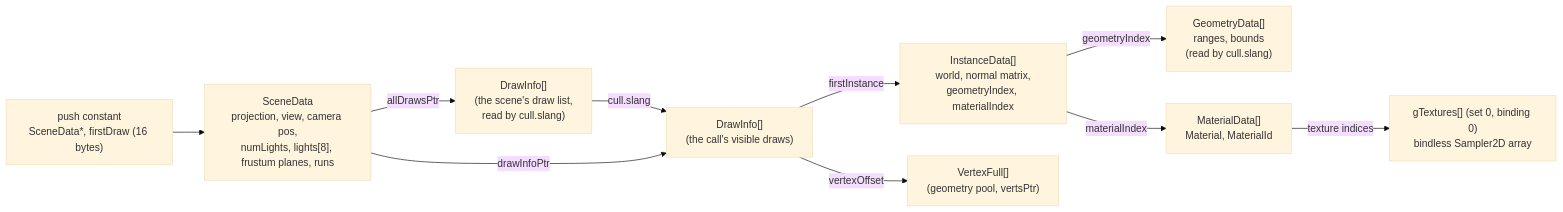
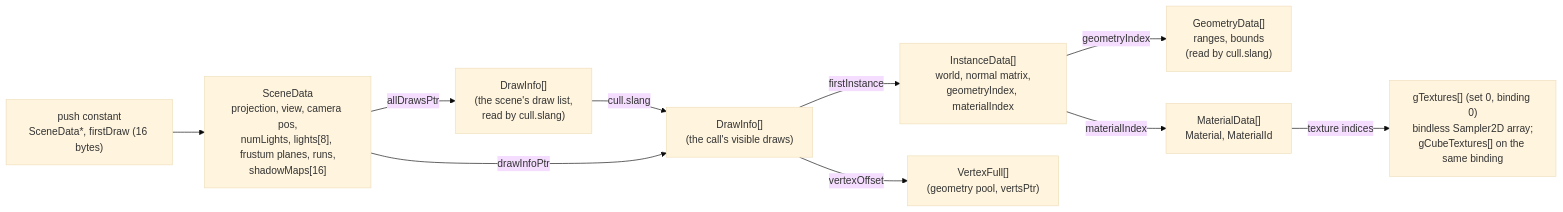
The third of 3 diagrams in docs/architecture.md (adel-elmala/rasm), drawn with Mermaid (base theme) before and after one commit. The commit also changed other lines of this file and 56 other files, not shown here.

````diff
--- a/docs/architecture.md
+++ b/docs/architecture.md
@@ -259,12 +274,12 @@
 ```mermaid
 flowchart LR
-    PC["push constant<br/>SceneData*, firstDraw (16 bytes)"] --> SD["SceneData<br/>projection, view, camera pos,<br/>numLights, lights[8], frustum planes, runs"]
+    PC["push constant<br/>SceneData*, firstDraw (16 bytes)"] --> SD["SceneData<br/>projection, view, camera pos,<br/>numLights, lights[8], frustum planes, runs,<br/>shadowMaps[16]"]
     SD -- allDrawsPtr --> AD["DrawInfo[]<br/>(the scene's draw list,<br/>read by cull.slang)"]
     AD -- cull.slang --> DI
     SD -- drawInfoPtr --> DI["DrawInfo[]<br/>(the call's visible draws)"]
     DI -- firstInstance --> ID["InstanceData[]<br/>world, normal matrix,<br/>geometryIndex, materialIndex"]
     DI -- vertexOffset --> V["VertexFull[]<br/>(geometry pool, vertsPtr)"]
     ID -- geometryIndex --> GD["GeometryData[]<br/>ranges, bounds<br/>(read by cull.slang)"]
     ID -- materialIndex --> MD["MaterialData[]<br/>Material, MaterialId"]
-    MD -- texture indices --> T["gTextures[] (set 0, binding 0)<br/>bindless Sampler2D array"]
+    MD -- texture indices --> T["gTextures[] (set 0, binding 0)<br/>bindless Sampler2D array;<br/>gCubeTextures[] on the same binding"]
 ```
````
